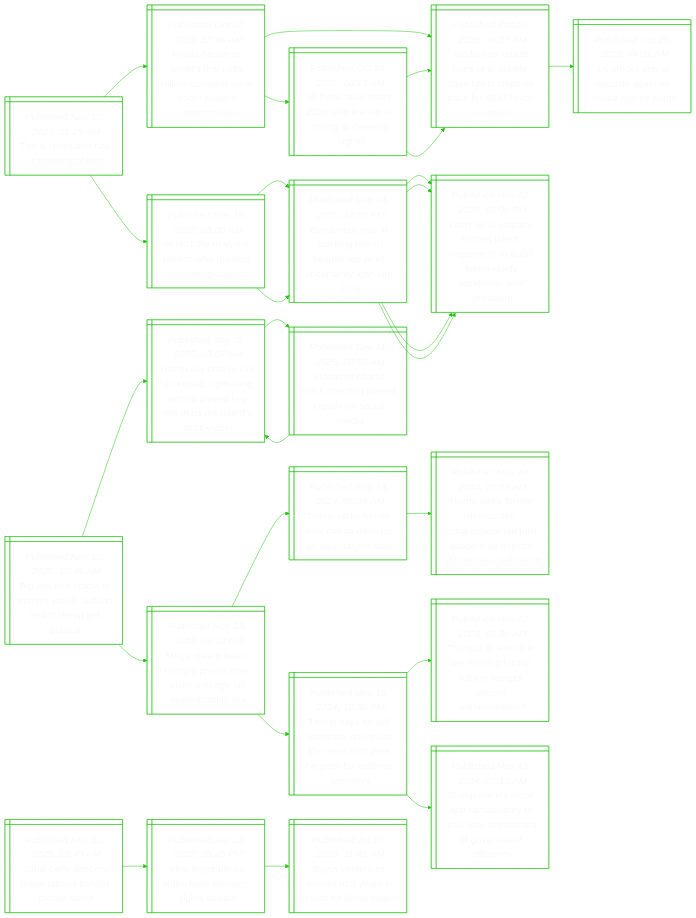
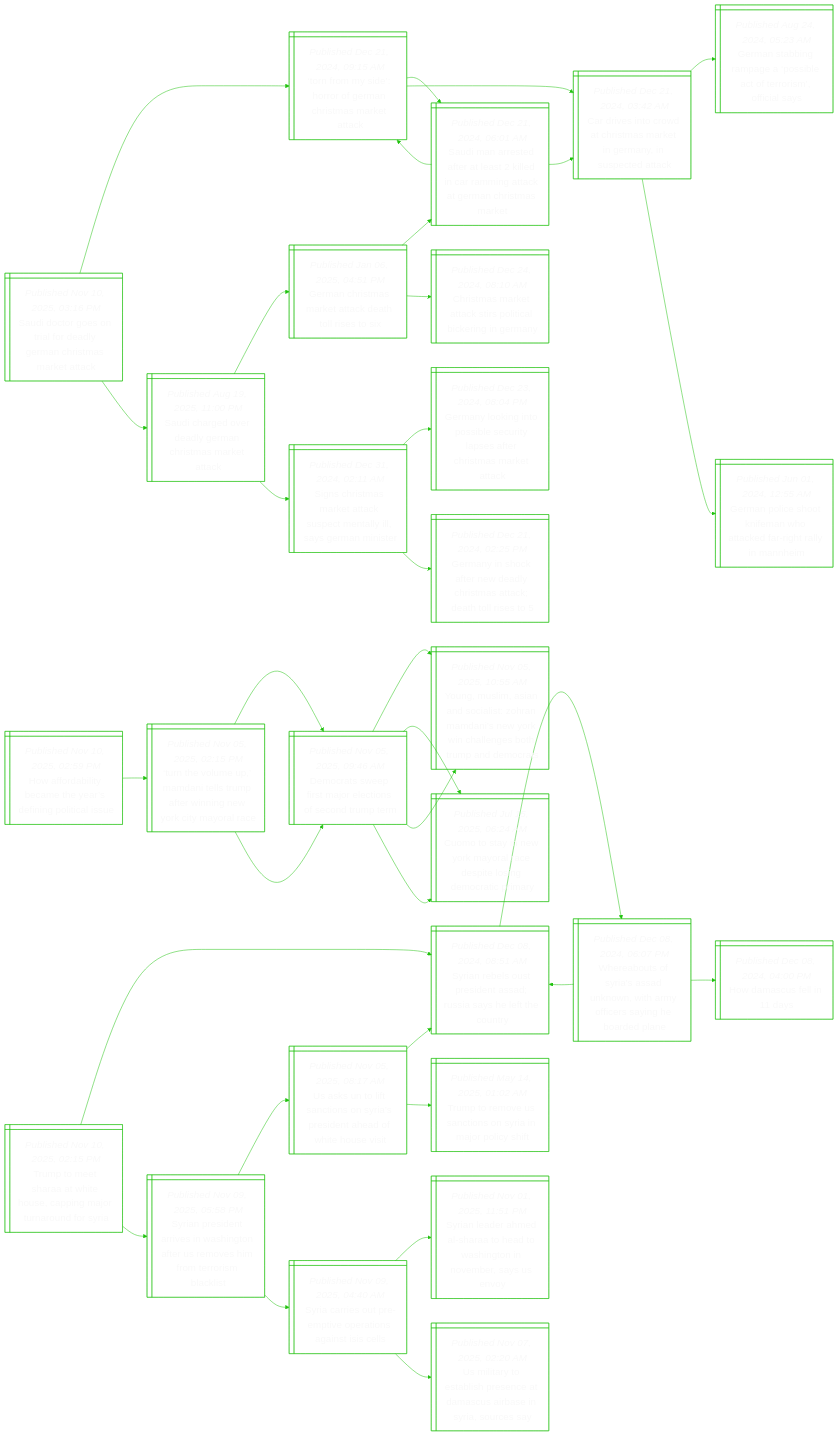
One commit to notJmes/notJmes changed the diagram in README.md. Above: the diagram before and after it, drawn with Mermaid. The commit also changed other lines of this file, not shown here.

````diff
--- a/README.md
+++ b/README.md
@@ -16,88 +16,112 @@
 flowchart LR
 classDef txtsize font-size:20px;
 
-Truhorm@{ shape: win-pane, label: "_Published Nov 10, 2025, 11:25 AM_
-The ai revolution has a power problem" }
-NamriSloybomrs@{ shape: win-pane, label: "_Published Oct 30, 2025, 12:46 AM_
-Nvidia becomes world’s first us$5 trillion company as ai boom powers meteoric rise" }
-Naefousacocboa@{ shape: win-pane, label: "_Published Oct 29, 2025, 06:26 AM_
-Nvidia ceo rebuts fears of ai bubble, says latest chips on track for $647 billion in sales" }
-Ucdcaadau@{ shape: win-pane, label: "_Published Oct 29, 2025, 04:31 AM_
-Us stocks end at records again as nvidia shares surge" }
-Siliiesgmi@{ shape: win-pane, label: "_Published Oct 29, 2025, 08:18 AM_
-Sk hynix sells entire 2026 chip line-up in strong ai demand signal" }
-Naefousacocboa@{ shape: win-pane, label: "_Published Oct 29, 2025, 06:26 AM_
-Nvidia ceo rebuts fears of ai bubble, says latest chips on track for $647 billion in sales" }
-Naefousacocboa@{ shape: win-pane, label: "_Published Oct 29, 2025, 06:26 AM_
-Nvidia ceo rebuts fears of ai bubble, says latest chips on track for $647 billion in sales" }
-AtihsoeiGC@{ shape: win-pane, label: "_Published Nov 10, 2025, 05:00 AM_
-Ai isn’t the rival, the person who masters it is: ant group cto" }
-EyoutahtanaGm@{ shape: win-pane, label: "_Published Nov 04, 2025, 12:00 PM_
-Employers’ role in uplifting talent heightened amid uncertainty: gan kim yong" }
-DeuennrRiteorEst@{ shape: win-pane, label: "_Published Nov 02, 2025, 05:00 PM_
-Don’t let ai outpace human talent, improve hr to build future-ready workforce: snef president" }
-DeuennrRiteorEst@{ shape: win-pane, label: "_Published Nov 02, 2025, 05:00 PM_
-Don’t let ai outpace human talent, improve hr to build future-ready workforce: snef president" }
-EyoutahtanaGm@{ shape: win-pane, label: "_Published Nov 04, 2025, 12:00 PM_
-Employers’ role in uplifting talent heightened amid uncertainty: gan kim yong" }
-DeuennrRiteorEst@{ shape: win-pane, label: "_Published Nov 02, 2025, 05:00 PM_
-Don’t let ai outpace human talent, improve hr to build future-ready workforce: snef president" }
-DeuennrRiteorEst@{ shape: win-pane, label: "_Published Nov 02, 2025, 05:00 PM_
-Don’t let ai outpace human talent, improve hr to build future-ready workforce: snef president" }
+Sdroadyaisea@{ shape: win-pane, label: "_Published Nov 10, 2025, 03:16 PM_
+Saudi doctor goes on trial for deadly german christmas market attack" }
+Trsoomrakt@{ shape: win-pane, label: "_Published Dec 21, 2024, 09:15 AM_
+‘torn from my side’: horror of german christmas market attack" }
+SmrdralnagceCta@{ shape: win-pane, label: "_Published Dec 21, 2024, 06:01 AM_
+Saudi man arrested after at least 2 killed in car ramming attack at german christmas market" }
+CinoCtaimneak@{ shape: win-pane, label: "_Published Dec 21, 2024, 03:42 AM_
+Car drives into crowd at christmas market in germany, in suspected attack" }
+Trsoomrakt@{ shape: win-pane, label: "_Published Dec 21, 2024, 09:15 AM_
+‘torn from my side’: horror of german christmas market attack" }
+CinoCtaimneak@{ shape: win-pane, label: "_Published Dec 21, 2024, 03:42 AM_
+Car drives into crowd at christmas market in germany, in suspected attack" }
+Gnbaesatrfas@{ shape: win-pane, label: "_Published Aug 24, 2024, 05:23 AM_
+German stabbing rampage a ‘possible act of terrorism’, official says" }
+Gncofwtdianh@{ shape: win-pane, label: "_Published Jun 01, 2024, 12:55 AM_
+German police shoot knifeman who attacked far-right rally in mannheim" }
+Scerlmrakt@{ shape: win-pane, label: "_Published Aug 19, 2025, 11:00 PM_
+Saudi charged over deadly german christmas market attack" }
+Gnsmtctlsx@{ shape: win-pane, label: "_Published Jan 06, 2025, 04:51 PM_
+German christmas market attack death toll rises to six" }
+SmrdralnagceCta@{ shape: win-pane, label: "_Published Dec 21, 2024, 06:01 AM_
+Saudi man arrested after at least 2 killed in car ramming attack at german christmas market" }
+Ctaakstbrna@{ shape: win-pane, label: "_Published Dec 24, 2024, 08:10 AM_
+Christmas market attack stirs political bickering in germany" }
+SCtaakenyarie@{ shape: win-pane, label: "_Published Dec 31, 2024, 02:11 AM_
+Signs christmas market attack suspect mentally ill, says german minister" }
+GnknseraaCtaak@{ shape: win-pane, label: "_Published Dec 23, 2024, 08:04 PM_
+Germany looking into possible security lapses after christmas market attack" }
+Gnhfedraaale@{ shape: win-pane, label: "_Published Dec 21, 2024, 02:25 PM_
+Germany in shock after new deadly christmas attack; death toll rises to 5" }
 
-Truhorm:::txtsize --> NamriSloybomrs:::txtsize
-NamriSloybomrs:::txtsize --> Naefousacocboa:::txtsize
-Naefousacocboa:::txtsize --> Ucdcaadau:::txtsize
-NamriSloybomrs:::txtsize --> Siliiesgmi:::txtsize
-Siliiesgmi:::txtsize --> Naefousacocboa:::txtsize
-Siliiesgmi:::txtsize --> Naefousacocboa:::txtsize
-Truhorm:::txtsize --> AtihsoeiGC:::txtsize
-AtihsoeiGC:::txtsize --> EyoutahtanaGm:::txtsize
-EyoutahtanaGm:::txtsize --> DeuennrRiteorEst:::txtsize
-EyoutahtanaGm:::txtsize --> DeuennrRiteorEst:::txtsize
-AtihsoeiGC:::txtsize --> EyoutahtanaGm:::txtsize
-EyoutahtanaGm:::txtsize --> DeuennrRiteorEst:::txtsize
-EyoutahtanaGm:::txtsize --> DeuennrRiteorEst:::txtsize
+Sdroadyaisea:::txtsize --> Trsoomrakt:::txtsize
+Trsoomrakt:::txtsize --> SmrdralnagceCta:::txtsize
+SmrdralnagceCta:::txtsize --> CinoCtaimneak:::txtsize
+SmrdralnagceCta:::txtsize --> Trsoomrakt:::txtsize
+Trsoomrakt:::txtsize --> CinoCtaimneak:::txtsize
+CinoCtaimneak:::txtsize --> Gnbaesatrfas:::txtsize
+CinoCtaimneak:::txtsize --> Gncofwtdianh:::txtsize
+Sdroadyaisea:::txtsize --> Scerlmrakt:::txtsize
+Scerlmrakt:::txtsize --> Gnsmtctlsx:::txtsize
+Gnsmtctlsx:::txtsize --> SmrdralnagceCta:::txtsize
+Gnsmtctlsx:::txtsize --> Ctaakstbrna:::txtsize
+Scerlmrakt:::txtsize --> SCtaakenyarie:::txtsize
+SCtaakenyarie:::txtsize --> GnknseraaCtaak:::txtsize
+SCtaakenyarie:::txtsize --> Gnhfedraaale:::txtsize
 
-BpbImrsakeil@{ shape: win-pane, label: "_Published Nov 10, 2025, 10:45 AM_
-Big lips and botox: in trump’s world, fashion and makeup get political" }
-TahesegnipdoUstt@{ shape: win-pane, label: "_Published Sep 11, 2025, 03:07 AM_
-Trump ally charlie kirk shot dead; right-wing activist played key role in us president’s 2024 victory" }
-VsaKsirayce@{ shape: win-pane, label: "_Published Sep 11, 2025, 08:59 AM_
-Videos of charlie kirk’s shooting spread rapidly on social media" }
-TahesegnipdoUstt@{ shape: win-pane, label: "_Published Sep 11, 2025, 03:07 AM_
-Trump ally charlie kirk shot dead; right-wing activist played key role in us president’s 2024 victory" }
-Mreurappgnil@{ shape: win-pane, label: "_Published Nov 23, 2024, 05:10 PM_
-Maga dream team: trump’s provocative picks presage an unpredictable era" }
-TpfrlooSeot@{ shape: win-pane, label: "_Published Nov 14, 2024, 05:24 AM_
-Trump picks former rival marco rubio for us secretary of state" }
-Tpfrccrouadrrtlln@{ shape: win-pane, label: "_Published Nov 14, 2024, 05:09 AM_
-Trump picks former democratic congresswoman tulsi gabbard as director of national intelligence" }
-Tsenateeseerncr@{ shape: win-pane, label: "_Published Nov 13, 2024, 12:30 PM_
-Trump says he will nominate anti-woke fox news host pete hegseth for defence secretary" }
-TWirntbrsdna@{ shape: win-pane, label: "_Published Nov 07, 2024, 08:30 AM_
-Trump 2.0: who is in the running for top jobs in trump’s second administration?" }
-TnMnayaDtoenic@{ shape: win-pane, label: "_Published Nov 13, 2024, 07:15 AM_
-Trump names musk and ramaswamy to lead new department of government efficiency" }
+Hfbymydilau@{ shape: win-pane, label: "_Published Nov 10, 2025, 02:59 PM_
+How affordability became the year’s defining political issue" }
+ThuMnlmenekmae@{ shape: win-pane, label: "_Published Nov 05, 2025, 02:15 PM_
+‘turn the volume up,’ mamdani tells trump after winning new york city mayoral race" }
+Drwialosdp@{ shape: win-pane, label: "_Published Nov 05, 2025, 09:46 AM_
+Democrats sweep first major elections of second trump term" }
+YMmnoihaiYilehpea@{ shape: win-pane, label: "_Published Nov 05, 2025, 10:55 AM_
+Young, muslim, asian and socialist: zohran mamdani’s new york win challenges both trump and democrats" }
+Ctywmaeiseary@{ shape: win-pane, label: "_Published Jul 15, 2025, 06:24 AM_
+Cuomo to stay in new york mayoral race despite losing democratic primary" }
+Drwialosdp@{ shape: win-pane, label: "_Published Nov 05, 2025, 09:46 AM_
+Democrats sweep first major elections of second trump term" }
+YMmnoihaiYilehpea@{ shape: win-pane, label: "_Published Nov 05, 2025, 10:55 AM_
+Young, muslim, asian and socialist: zohran mamdani’s new york win challenges both trump and democrats" }
+Ctywmaeiseary@{ shape: win-pane, label: "_Published Jul 15, 2025, 06:24 AM_
+Cuomo to stay in new york mayoral race despite losing democratic primary" }
 
-BpbImrsakeil:::txtsize --> TahesegnipdoUstt:::txtsize
-TahesegnipdoUstt:::txtsize --> VsaKsirayce:::txtsize
-VsaKsirayce:::txtsize --> TahesegnipdoUstt:::txtsize
-BpbImrsakeil:::txtsize --> Mreurappgnil:::txtsize
-Mreurappgnil:::txtsize --> TpfrlooSeot:::txtsize
-TpfrlooSeot:::txtsize --> Tpfrccrouadrrtlln:::txtsize
-Mreurappgnil:::txtsize --> Tsenateeseerncr:::txtsize
-Tsenateeseerncr:::txtsize --> TWirntbrsdna:::txtsize
-Tsenateeseerncr:::txtsize --> TnMnayaDtoenic:::txtsize
+Hfbymydilau:::txtsize --> ThuMnlmenekmae:::txtsize
+ThuMnlmenekmae:::txtsize --> Drwialosdp:::txtsize
+Drwialosdp:::txtsize --> YMmnoihaiYilehpea:::txtsize
+Drwialosdp:::txtsize --> Ctywmaeiseary:::txtsize
+ThuMnlmenekmae:::txtsize --> Drwialosdp:::txtsize
+Drwialosdp:::txtsize --> YMmnoihaiYilehpea:::txtsize
+Drwialosdp:::txtsize --> Ctywmaeiseary:::txtsize
 
-Sbdraohld@{ shape: win-pane, label: "_Published Nov 10, 2025, 10:40 AM_
-Saudi belly dancers break taboos behind closed doors" }
-VEdvfwsta@{ shape: win-pane, label: "_Published Jan 13, 2022, 05:45 PM_
-Viral egypt dance video fuels women's rights debate" }
-EsnoosioTd@{ shape: win-pane, label: "_Published Jul 29, 2020, 11:41 AM_
-Egypt sentences women to 2 years in prison for tiktok videos" }
+Tttahoagrady@{ shape: win-pane, label: "_Published Nov 10, 2025, 02:15 PM_
+Trump to meet sharaa at white house, capping major turnaround for syria" }
+SnltiARahtoy@{ shape: win-pane, label: "_Published Dec 08, 2024, 08:51 AM_
+Syrian rebels oust president assad; russia says he left the country" }
+Wasrsnnafriben@{ shape: win-pane, label: "_Published Dec 08, 2024, 06:07 PM_
+Whereabouts of syria's assad unknown, with army officers saying he boarded plane" }
+SnltiARahtoy@{ shape: win-pane, label: "_Published Dec 08, 2024, 08:51 AM_
+Syrian rebels oust president assad; russia says he left the country" }
+Hmsis@{ shape: win-pane, label: "_Published Dec 08, 2024, 04:00 PM_
+How damascus fell in 11 days" }
+SniaeagfSvmtrli@{ shape: win-pane, label: "_Published Nov 09, 2025, 05:58 PM_
+Syrian president arrives in washington after us removes him from terrorism blacklist" }
+UslaoSsiaotsi@{ shape: win-pane, label: "_Published Nov 05, 2025, 08:17 AM_
+Us asks un to lift sanctions on syria’s president ahead of white house visit" }
+SnltiARahtoy@{ shape: win-pane, label: "_Published Dec 08, 2024, 08:51 AM_
+Syrian rebels oust president assad; russia says he left the country" }
+Ttosinajlh@{ shape: win-pane, label: "_Published May 14, 2025, 01:02 AM_
+Trump to remove us sanctions on syria in major policy shift" }
+SceppotasSs@{ shape: win-pane, label: "_Published Nov 09, 2025, 04:40 AM_
+Syria carries out pre-emptive operations against isis cells" }
+SneehtdstNbyn@{ shape: win-pane, label: "_Published Nov 01, 2025, 11:51 PM_
+Syrian leader ahmed al-sharaa to head to washington in november, says us envoy" }
+Uitahetsierus@{ shape: win-pane, label: "_Published Nov 07, 2025, 02:20 AM_
+Us military to establish presence at damascus airbase in syria, sources say" }
 
-Sbdraohld:::txtsize --> VEdvfwsta:::txtsize
-VEdvfwsta:::txtsize --> EsnoosioTd:::txtsize
+Tttahoagrady:::txtsize --> SnltiARahtoy:::txtsize
+SnltiARahtoy:::txtsize --> Wasrsnnafriben:::txtsize
+Wasrsnnafriben:::txtsize --> SnltiARahtoy:::txtsize
+Wasrsnnafriben:::txtsize --> Hmsis:::txtsize
+Tttahoagrady:::txtsize --> SniaeagfSvmtrli:::txtsize
+SniaeagfSvmtrli:::txtsize --> UslaoSsiaotsi:::txtsize
+UslaoSsiaotsi:::txtsize --> SnltiARahtoy:::txtsize
+UslaoSsiaotsi:::txtsize --> Ttosinajlh:::txtsize
+SniaeagfSvmtrli:::txtsize --> SceppotasSs:::txtsize
+SceppotasSs:::txtsize --> SneehtdstNbyn:::txtsize
+SceppotasSs:::txtsize --> Uitahetsierus:::txtsize
 
 ```
````
